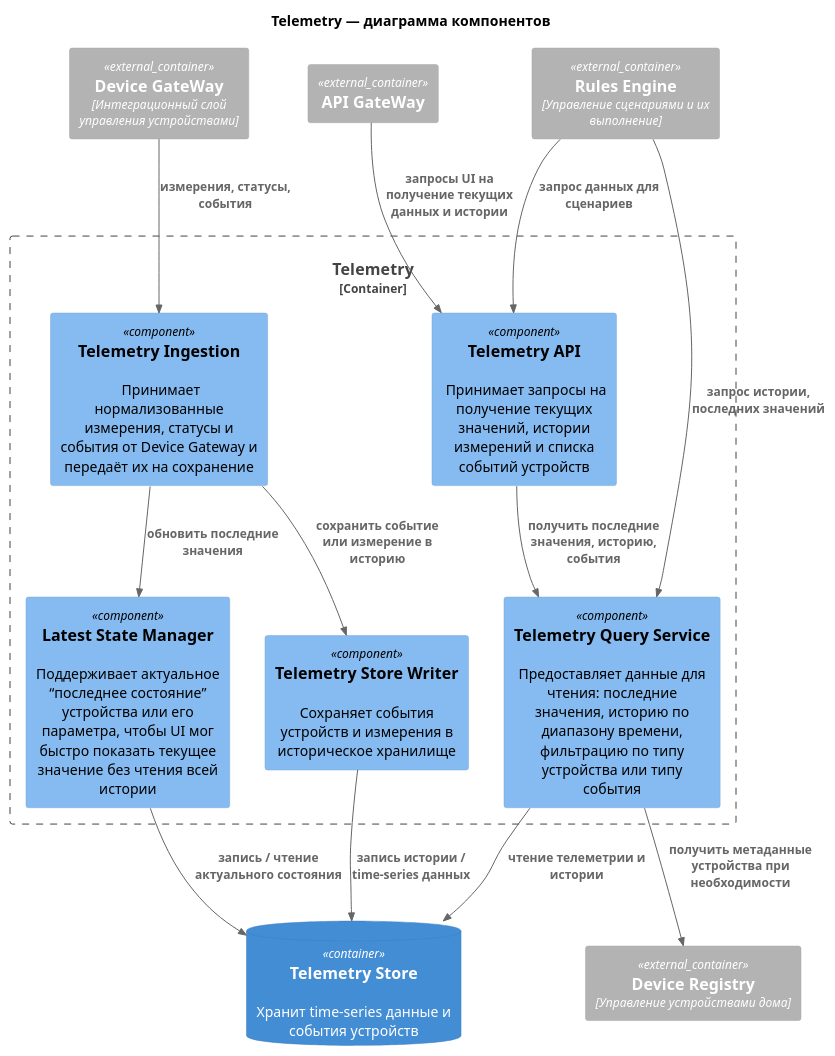
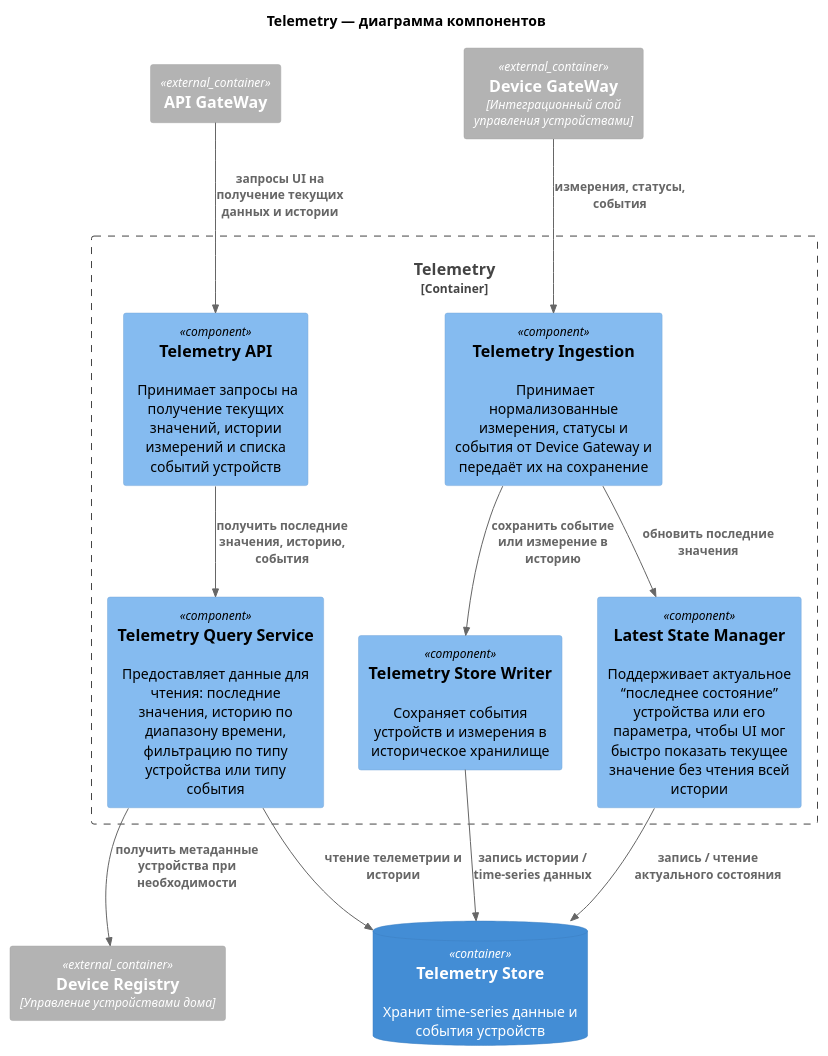
The diagram in arch/component/telemetry_component.puml (Meeluck/architecture-warmhouse), drawn with PlantUML before and after one commit. The commit also changed 13 other files, not shown here.

Commit message:
reworked component diagrams

```diff
--- a/arch/component/telemetry_component.puml
+++ b/arch/component/telemetry_component.puml
@@ -2,50 +2,34 @@
 @startuml
 !include https://raw.githubusercontent.com/plantuml-stdlib/C4-PlantUML/master/C4_Component.puml
 
 title  Telemetry — диаграмма компонентов
 
 Container_Ext(gw, API GateWay)
-' Container_Ext(ia,Identity & Access,Управление пользователями и доступами)
 Container_Ext(dr,Device Registry,Управление устройствами дома)
 Container_Ext(dg,Device GateWay,Интеграционный слой управления устройствами)
-
-' Container_Ext(do,Device Onboarding,Подключение устройства)
-' Container_Ext(tm,Telemetry,Приём и хранение телеметрии и событий от устройств)
-Container_Ext(re, Rules Engine,Управление сценариями и их выполнение)
-
 
 ContainerDb(tm_st, Telemetry Store,,"Хранит time-series данные и события устройств")
 
 Container_Boundary(tm, Telemetry){    
-
     Component(api, Telemetry API,," Принимает запросы на получение текущих значений, истории измерений и списка событий устройств") 
-
     Component(ingestion, Telemetry Ingestion,," Принимает нормализованные измерения, статусы и события от Device Gateway и передаёт их на сохранение")
-
     Component(state, Latest State Manager,,"Поддерживает актуальное “последнее состояние” устройства или его параметра, чтобы UI мог быстро показать текущее значение без чтения всей истории")
-
     Component(writer, Telemetry Store Writer,,"Сохраняет события устройств и измерения в историческое хранилище")
-
     Component(query, Telemetry Query Service,,"Предоставляет данные для чтения: последние значения, историю по диапазону времени, фильтрацию по типу устройства или типу события")
-    
 }
 
 Rel(dg,ingestion,"измерения, статусы, события")
 
 Rel(ingestion,state,"обновить последние значения")
 Rel(ingestion,writer,"сохранить событие или измерение в историю")
 
 Rel(state,tm_st,"запись / чтение актуального состояния")
 Rel(writer,tm_st,"запись истории / time-series данных")
 
 Rel(gw,api,"запросы UI на получение текущих данных и истории")
 Rel(api,query,"получить последние значения, историю, события")
 Rel(query,tm_st,"чтение телеметрии и истории")
 Rel(query,dr,"получить метаданные устройства при необходимости")
 
-Rel(re,query,"запрос истории, последних значений")
-Rel(re,api,"запрос данных для сценариев")
-
-
 
 @enduml
```
